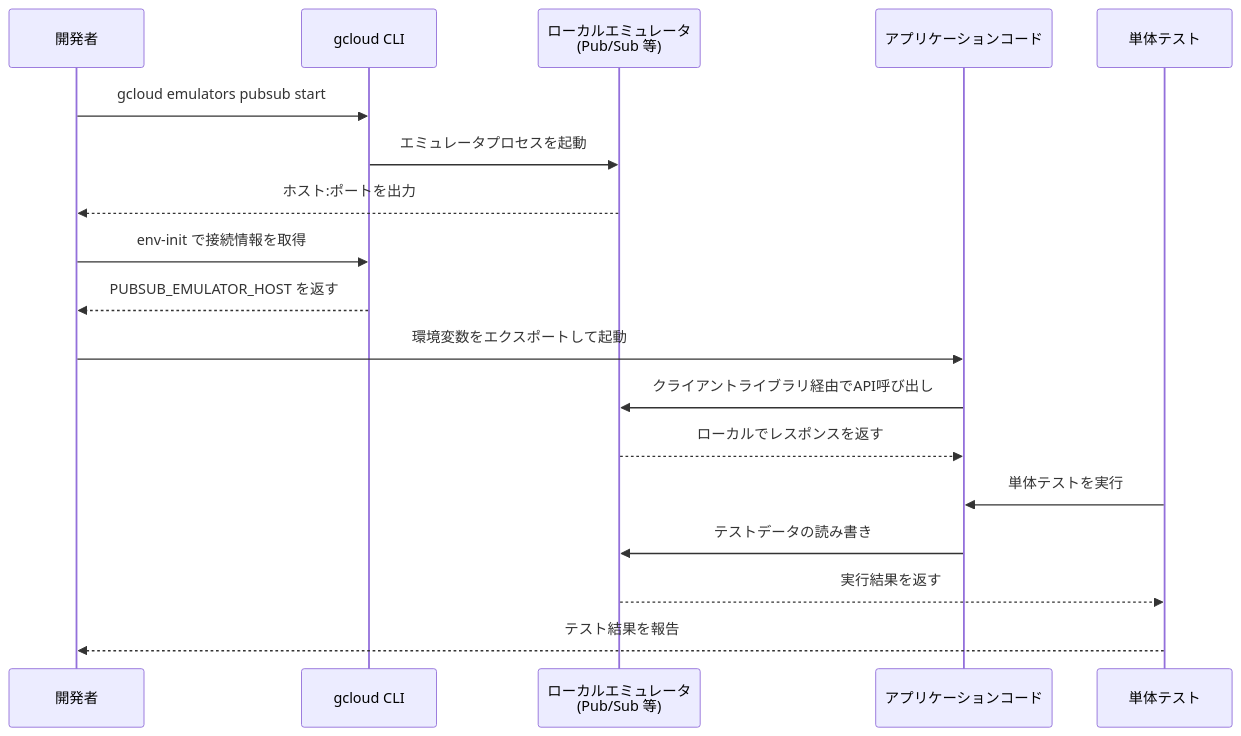
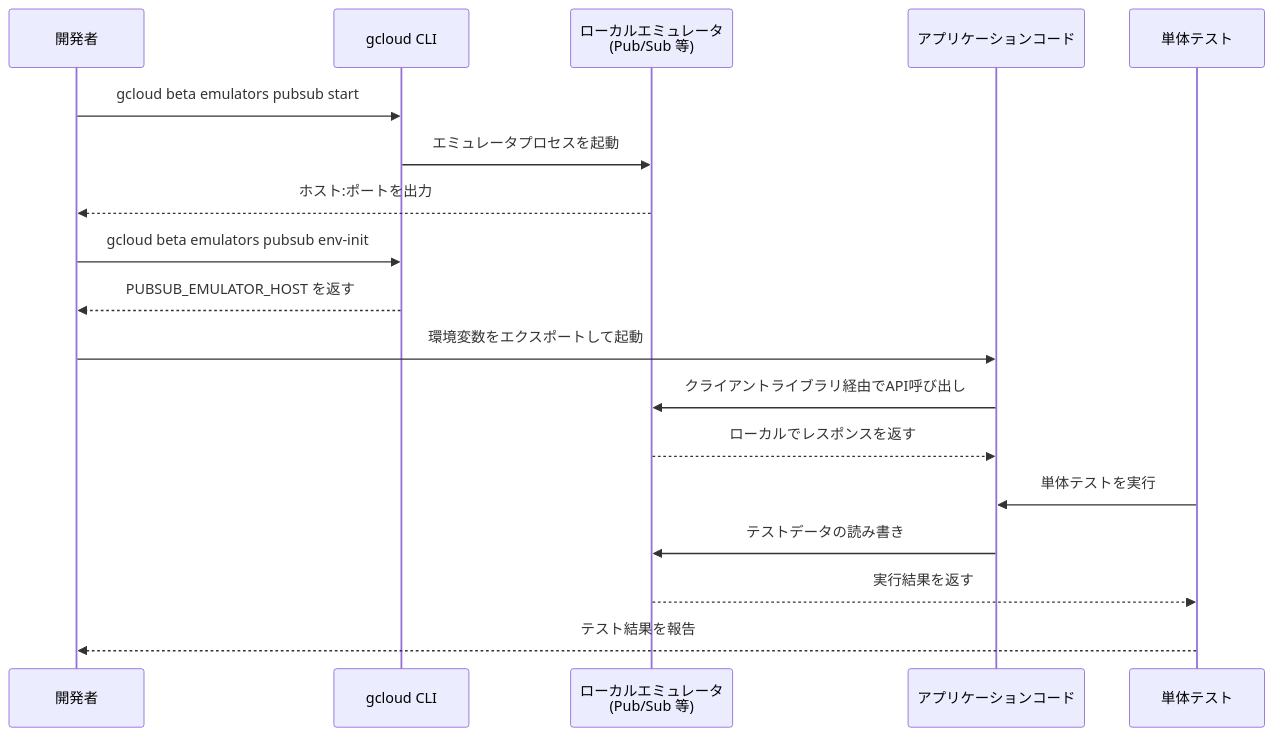
One commit to myoshi2891/Cloud-Infrastructure-Studies changed the second of 8 diagrams in Gcp-professional-cloud-developer-section2.md. Above: the diagram before and after it, drawn with Mermaid. The commit also changed other lines of this file, not shown here.

````diff
--- a/Gcp-professional-cloud-developer-section2.md
+++ b/Gcp-professional-cloud-developer-section2.md
@@ -104,21 +104,21 @@
 ```mermaid
 sequenceDiagram
     participant Dev as 開発者
     participant CLI as gcloud CLI
     participant Emu as ローカルエミュレータ<br/>(Pub/Sub 等)
     participant App as アプリケーションコード
     participant Test as 単体テスト
 
-    Dev->>CLI: gcloud emulators pubsub start
+    Dev->>CLI: gcloud beta emulators pubsub start
     CLI->>Emu: エミュレータプロセスを起動
     Emu-->>Dev: ホスト:ポートを出力
-    Dev->>CLI: env-init で接続情報を取得
+    Dev->>CLI: gcloud beta emulators pubsub env-init
     CLI-->>Dev: PUBSUB_EMULATOR_HOST を返す
     Dev->>App: 環境変数をエクスポートして起動
     App->>Emu: クライアントライブラリ経由でAPI呼び出し
     Emu-->>App: ローカルでレスポンスを返す
     Test->>App: 単体テストを実行
     App->>Emu: テストデータの読み書き
     Emu-->>Test: 実行結果を返す
     Test-->>Dev: テスト結果を報告
 ```
````
